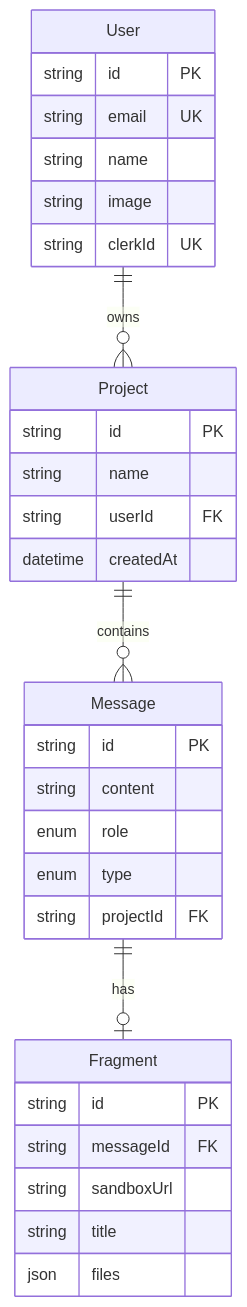
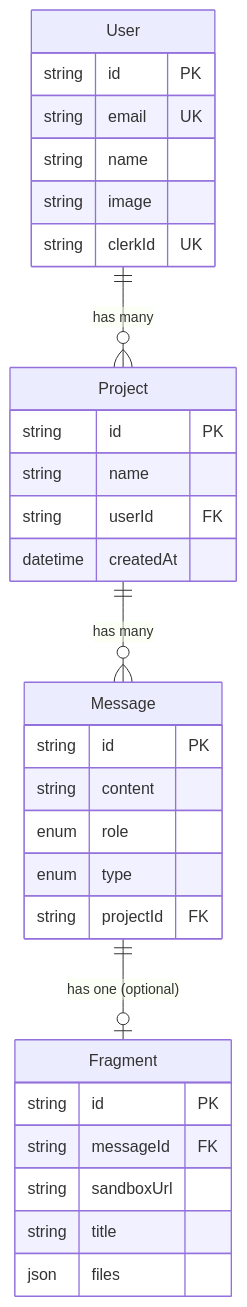
Before and after one commit to SameerShaik786/v0-clone: the second of 3 diagrams in README.md, drawn with Mermaid. The commit also changed other lines of this file, not shown here.

````diff
--- a/README.md
+++ b/README.md
@@ -103,37 +105,37 @@
 ```mermaid
 erDiagram
-    User ||--o{ Project : owns
-    Project ||--o{ Message : contains
-    Message ||--o| Fragment : has
+    User ||--o{ Project : "has many"
+    Project ||--o{ Message : "has many"
+    Message ||--o| Fragment : "has one (optional)"
 
     User {
         string id PK
         string email UK
         string name
         string image
         string clerkId UK
     }
 
     Project {
         string id PK
         string name
         string userId FK
         datetime createdAt
     }
 
     Message {
         string id PK
         string content
         enum role
         enum type
         string projectId FK
     }
 
     Fragment {
         string id PK
         string messageId FK
         string sandboxUrl
         string title
         json files
     }
 ```
````
